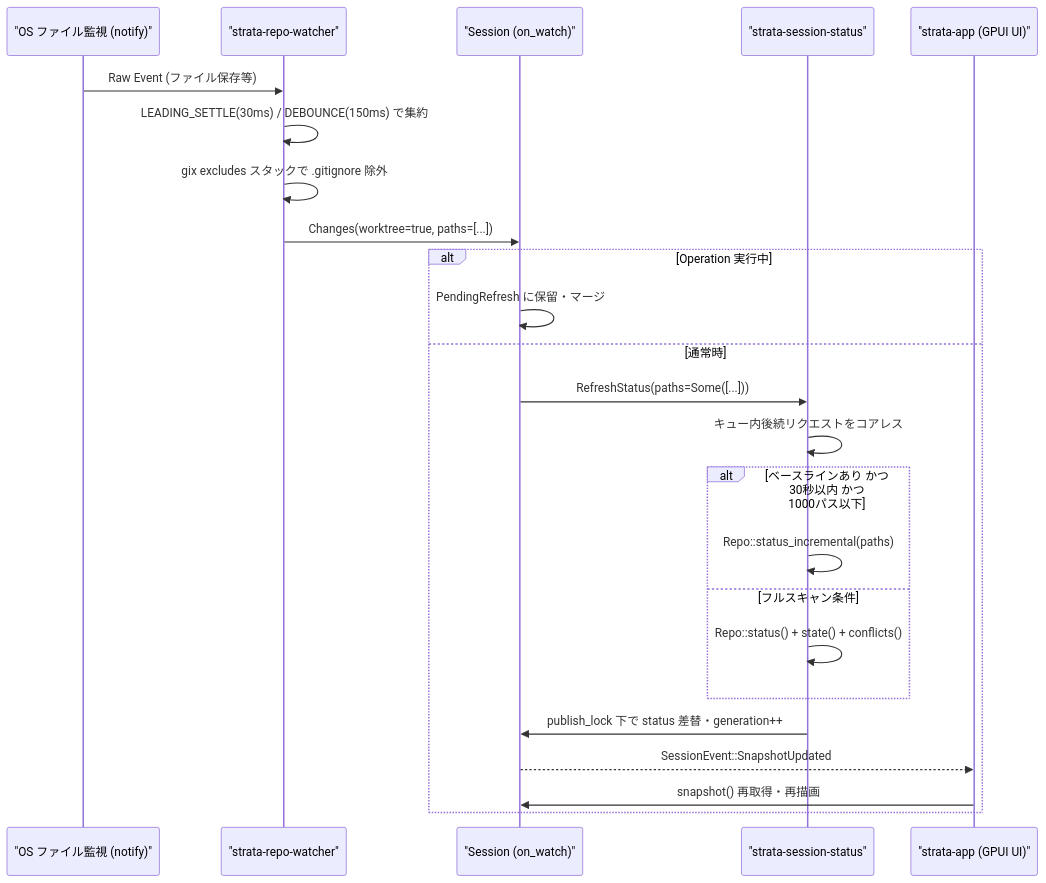
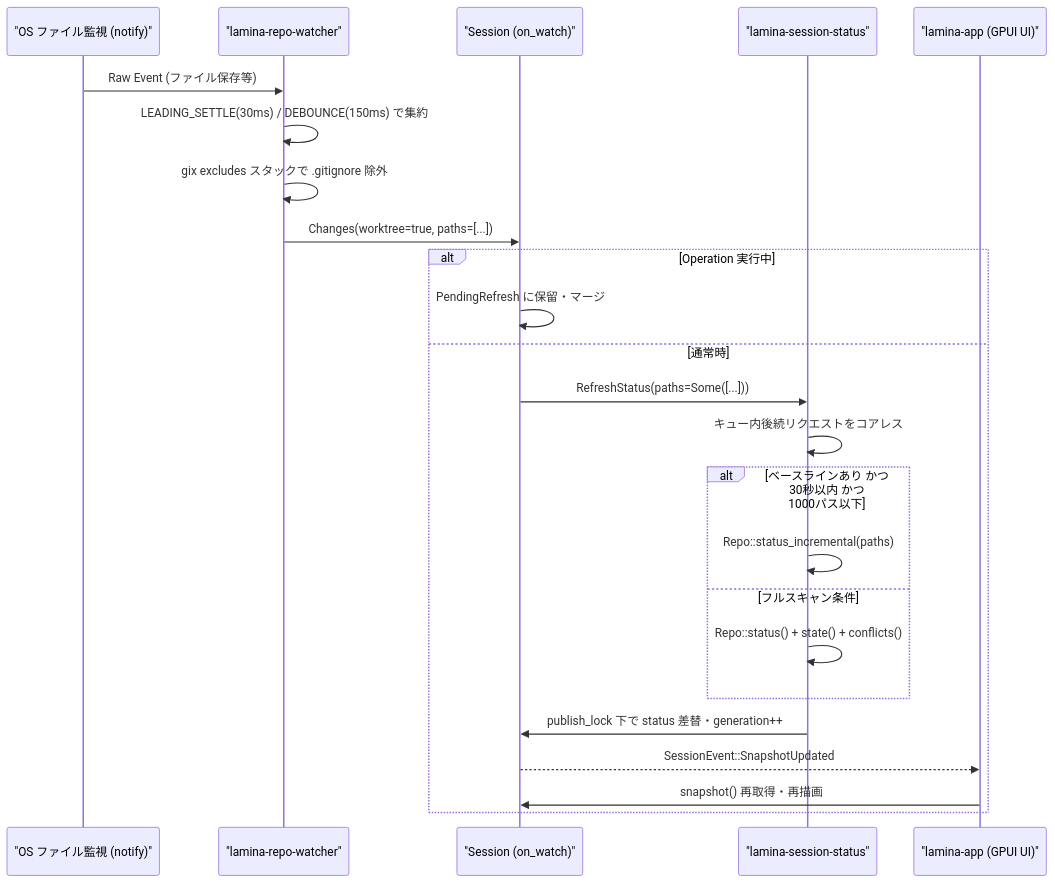
Before and after one commit to satotek/lamina: the third of 3 diagrams in docs/design/architecture.md, drawn with Mermaid. The commit also changed other lines of this file and 521 other files, not shown here.

First line of the commit message:
refactor!: rename the app from Strata to Lamina

````diff
--- a/docs/design/architecture.md
+++ b/docs/design/architecture.md
@@ -138,28 +138,28 @@
 ```mermaid
 sequenceDiagram
     participant FS as "OS ファイル監視 (notify)"
-    participant Watch as "strata-repo-watcher"
+    participant Watch as "lamina-repo-watcher"
     participant Sess as "Session (on_watch)"
-    participant Stat as "strata-session-status"
-    participant UI as "strata-app (GPUI UI)"
+    participant Stat as "lamina-session-status"
+    participant UI as "lamina-app (GPUI UI)"
 
     FS->>Watch: Raw Event (ファイル保存等)
     Watch->>Watch: LEADING_SETTLE(30ms) / DEBOUNCE(150ms) で集約
     Watch->>Watch: gix excludes スタックで .gitignore 除外
     Watch->>Sess: Changes(worktree=true, paths=[...])
 
     alt Operation 実行中
         Sess->>Sess: PendingRefresh に保留・マージ
     else 通常時
         Sess->>Stat: RefreshStatus(paths=Some([...]))
         Stat->>Stat: キュー内後続リクエストをコアレス
         alt ベースラインあり かつ 30秒以内 かつ 1000パス以下
             Stat->>Stat: Repo::status_incremental(paths)
         else フルスキャン条件
             Stat->>Stat: Repo::status() + state() + conflicts()
         end
         Stat->>Sess: publish_lock 下で status 差替・generation++
         Sess-->>UI: SessionEvent::SnapshotUpdated
         UI->>Sess: snapshot() 再取得・再描画
     end
 ```
````
